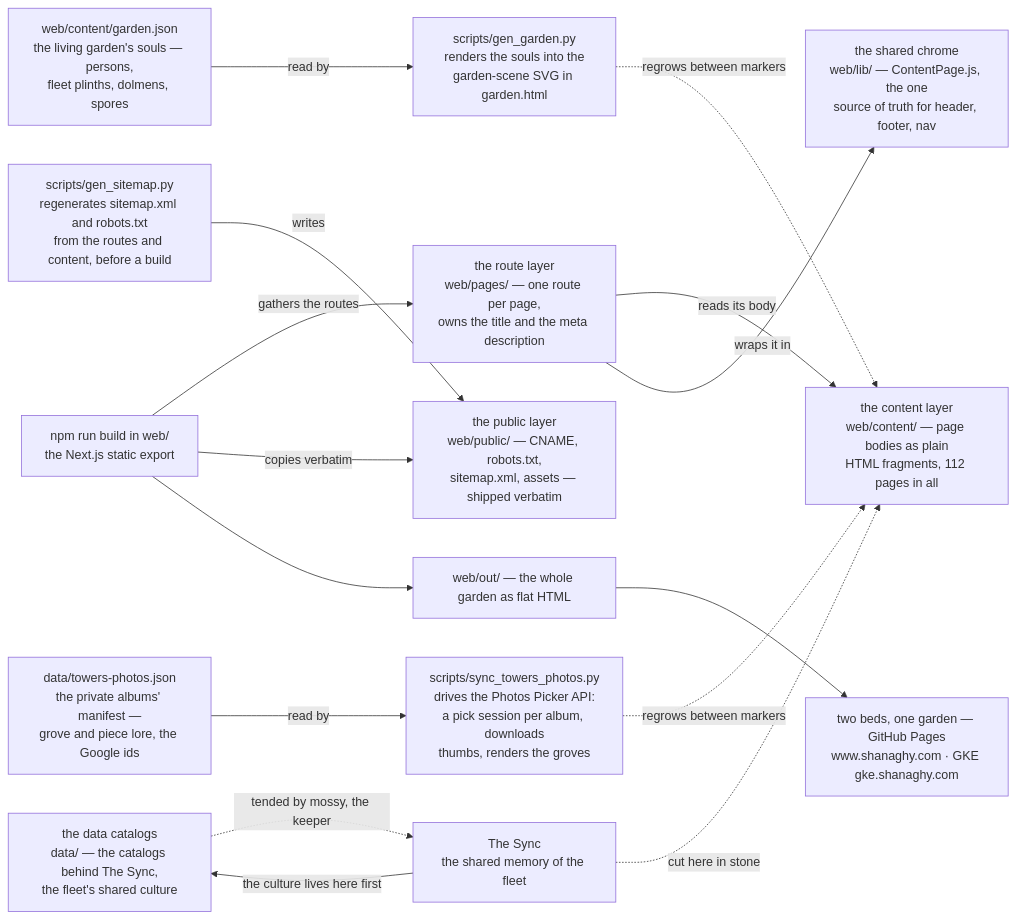
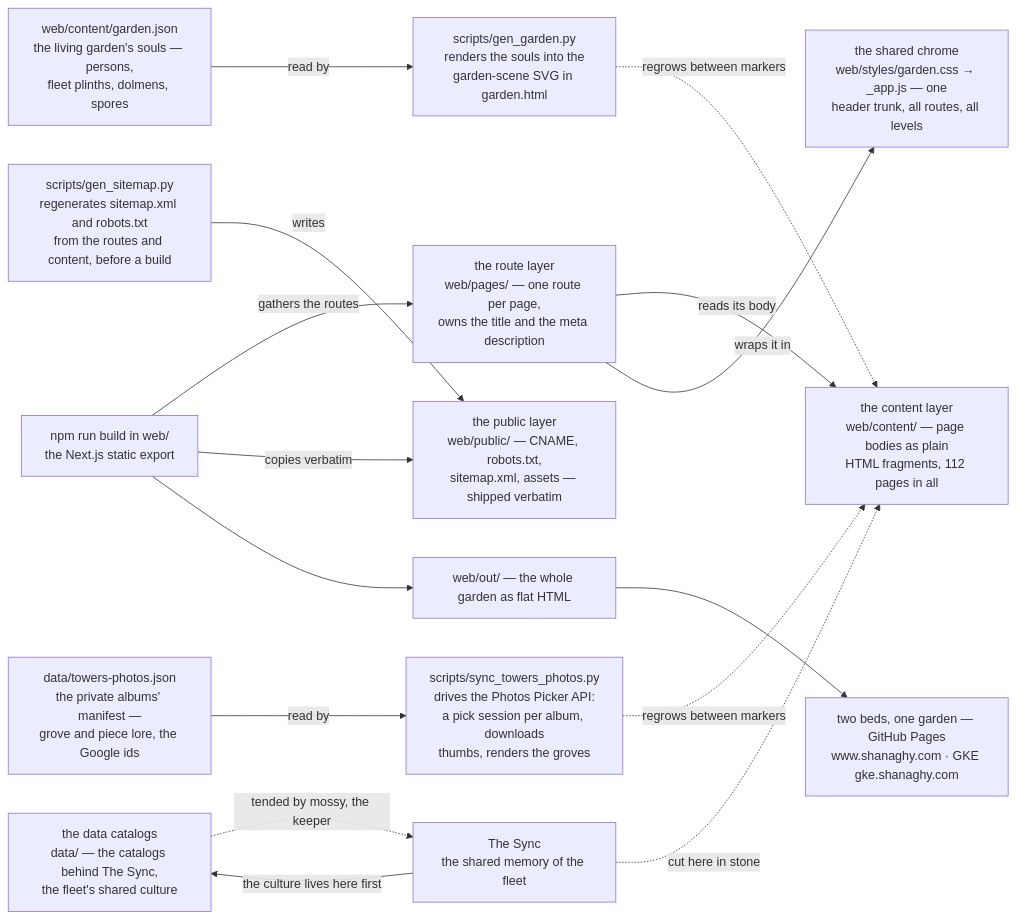
Before and after one commit to declanshanaghy/shanaghy.com: the second of 6 diagrams in README.md, drawn with Mermaid. The commit also changed other lines of this file, not shown here.

Commit message:
wip: update README — one header trunk, garden.css as chrome source — issue:24

````diff
--- a/README.md
+++ b/README.md
@@ -88,31 +89,31 @@
 ```mermaid
 flowchart LR
     bodies["the content layer<br/>web/content/ — page bodies as plain<br/>HTML fragments, 112 pages in all"]
     route["the route layer<br/>web/pages/ — one route per page,<br/>owns the title and the meta description"]
-    chrome["the shared chrome<br/>web/lib/ — ContentPage.js, the one<br/>source of truth for header, footer, nav"]
+    chrome["the shared chrome<br/>web/styles/garden.css → _app.js — one<br/>header trunk, all routes, all levels"]
     pub["the public layer<br/>web/public/ — CNAME, robots.txt,<br/>sitemap.xml, assets — shipped verbatim"]
     cat["the data catalogs<br/>data/ — the catalogs behind The Sync,<br/>the fleet's shared culture"]
     gen["scripts/gen_sitemap.py<br/>regenerates sitemap.xml and robots.txt<br/>from the routes and content, before a build"]
     gardenj["web/content/garden.json<br/>the living garden's souls — persons,<br/>fleet plinths, dolmens, spores"]
     geng["scripts/gen_garden.py<br/>renders the souls into the<br/>garden-scene SVG in garden.html"]
     sync["The Sync<br/>the shared memory of the fleet"]
     nextb["npm run build in web/<br/>the Next.js static export"]
     out["web/out/ — the whole garden as flat HTML"]
     live["two beds, one garden — GitHub Pages<br/>www.shanaghy.com · GKE gke.shanaghy.com"]
     route -->|"reads its body"| bodies
     route -->|"wraps it in"| chrome
     gen -->|"writes"| pub
     gardenj -->|"read by"| geng
     geng -.->|"regrows between markers"| bodies
     towersj["data/towers-photos.json<br/>the private albums' manifest —<br/>grove and piece lore, the Google ids"]
     syncp["scripts/sync_towers_photos.py<br/>drives the Photos Picker API:<br/>a pick session per album, downloads<br/>thumbs, renders the groves"]
     towersj -->|"read by"| syncp
     syncp -.->|"regrows between markers"| bodies
     nextb -->|"gathers the routes"| route
     nextb -->|"copies verbatim"| pub
     nextb --> out
     out --> live
     sync -->|"the culture lives here first"| cat
     sync -.->|"cut here in stone"| bodies
     cat -.->|"tended by mossy, the keeper"| sync
 ```
````
